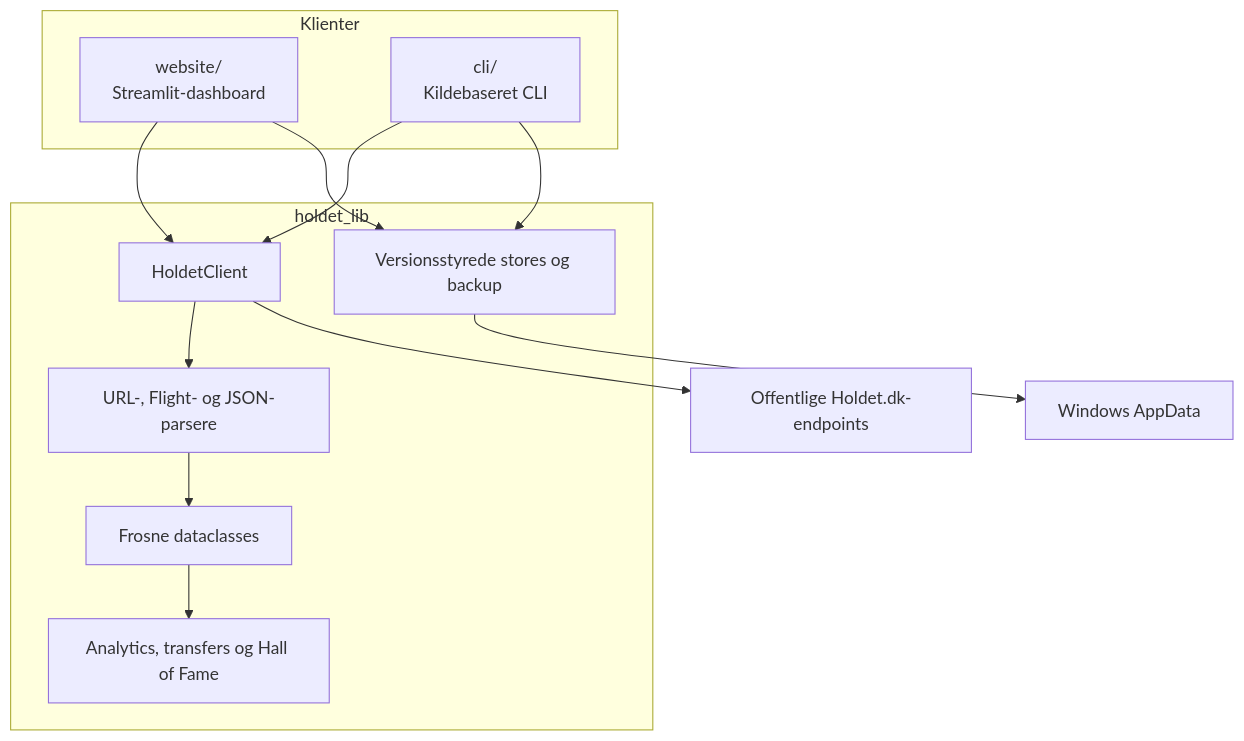
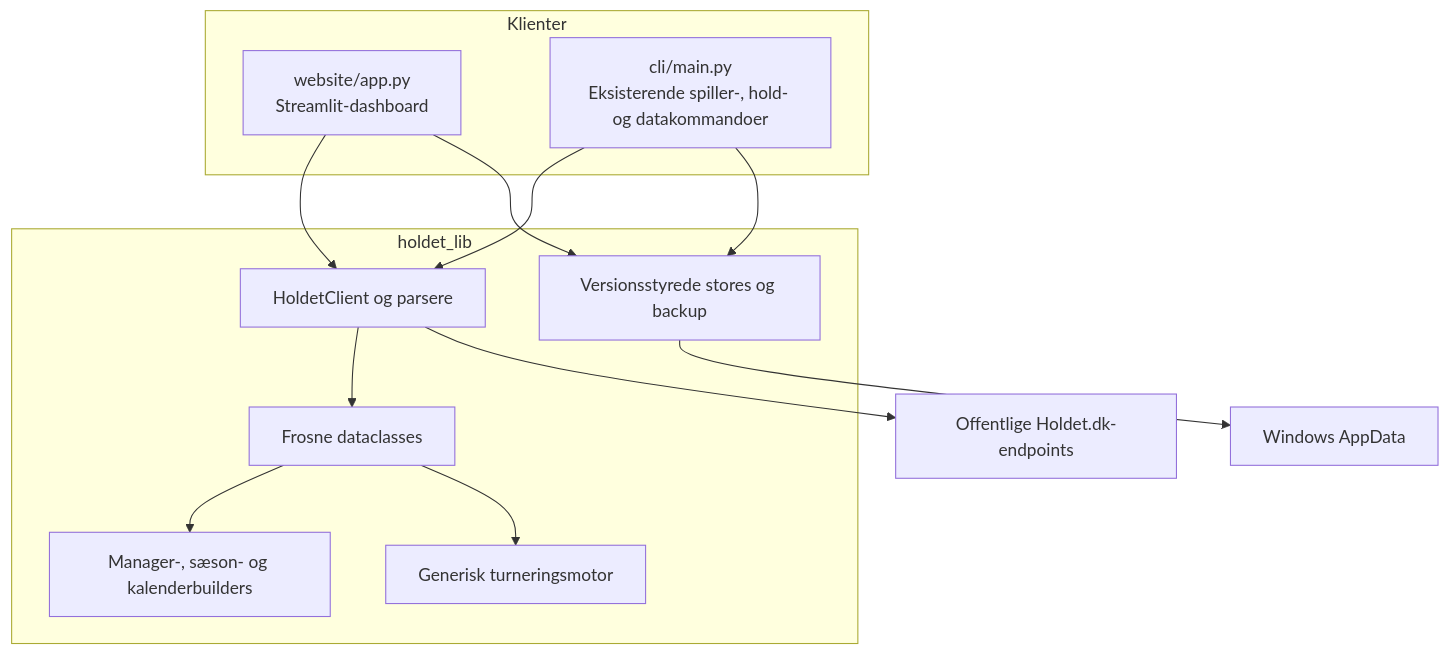
One commit to Peter537/holdet-fantasy-hub changed the first of 3 diagrams in docs/architecture.md. Above: the diagram before and after it, drawn with Mermaid. The commit also changed other lines of this file and 49 other files, not shown here.

````diff
--- a/docs/architecture.md
+++ b/docs/architecture.md
@@ -7,23 +7,23 @@
 ```mermaid
 flowchart TB
     subgraph Clients["Klienter"]
-        Web["website/\nStreamlit-dashboard"]
-        Cli["cli/\nKildebaseret CLI"]
+        Web["website/app.py<br/>Streamlit-dashboard"]
+        Cli["cli/main.py<br/>Eksisterende spiller-, hold- og datakommandoer"]
     end
     subgraph Library["holdet_lib"]
-        Client["HoldetClient"]
-        Parsing["URL-, Flight- og JSON-parsere"]
+        Fetch["HoldetClient og parsere"]
         Domain["Frosne dataclasses"]
-        Builders["Analytics, transfers og Hall of Fame"]
+        Manager["Manager-, sæson- og kalenderbuilders"]
+        Tournament["Generisk turneringsmotor"]
         Stores["Versionsstyrede stores og backup"]
     end
-    Web --> Client
-    Cli --> Client
-    Client --> Parsing
-    Parsing --> Domain
-    Domain --> Builders
+    Web --> Fetch
+    Cli --> Fetch
+    Fetch --> Domain
+    Domain --> Manager
+    Domain --> Tournament
     Web --> Stores
     Cli --> Stores
     Stores --> AppData["Windows AppData"]
-    Client --> PublicData["Offentlige Holdet.dk-endpoints"]
+    Fetch --> Holdet["Offentlige Holdet.dk-endpoints"]
 ```
````
